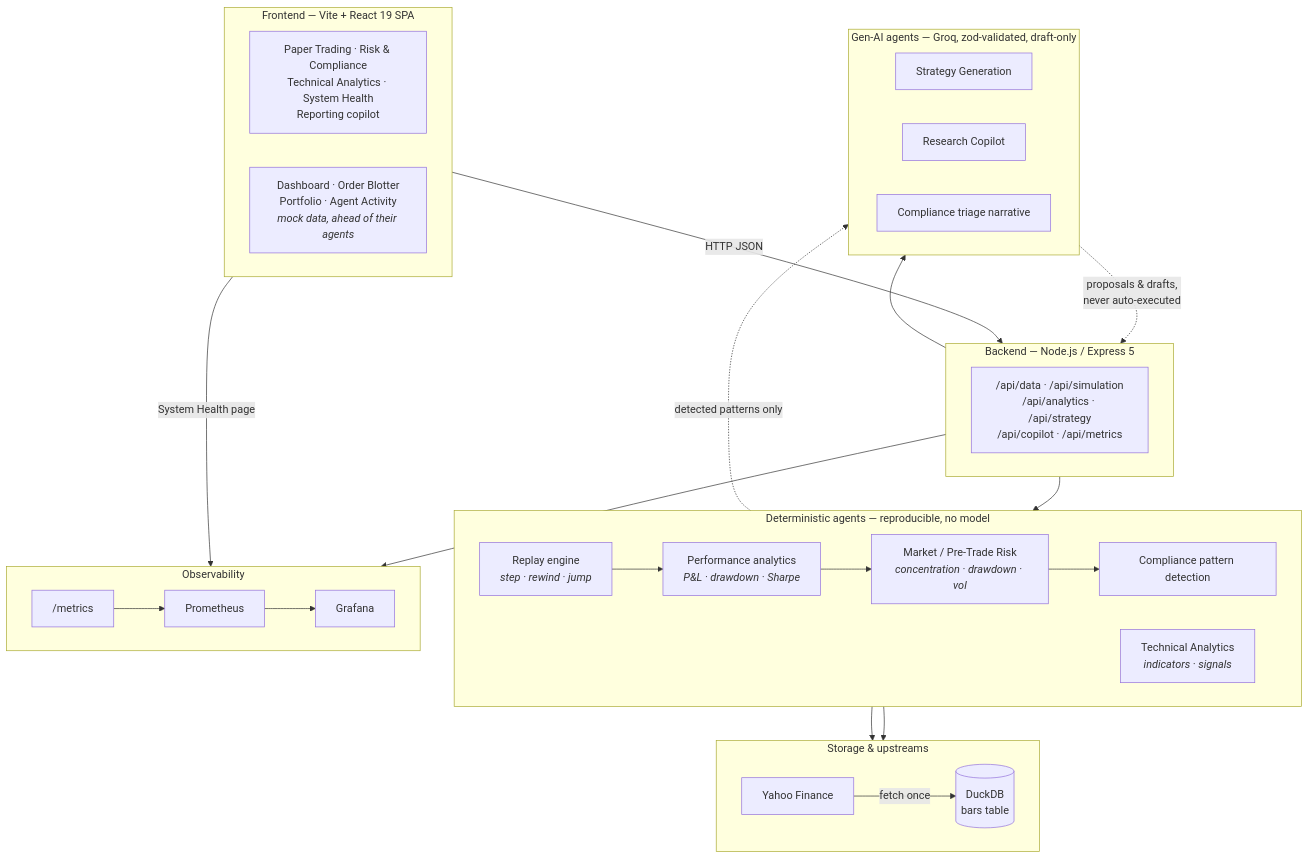
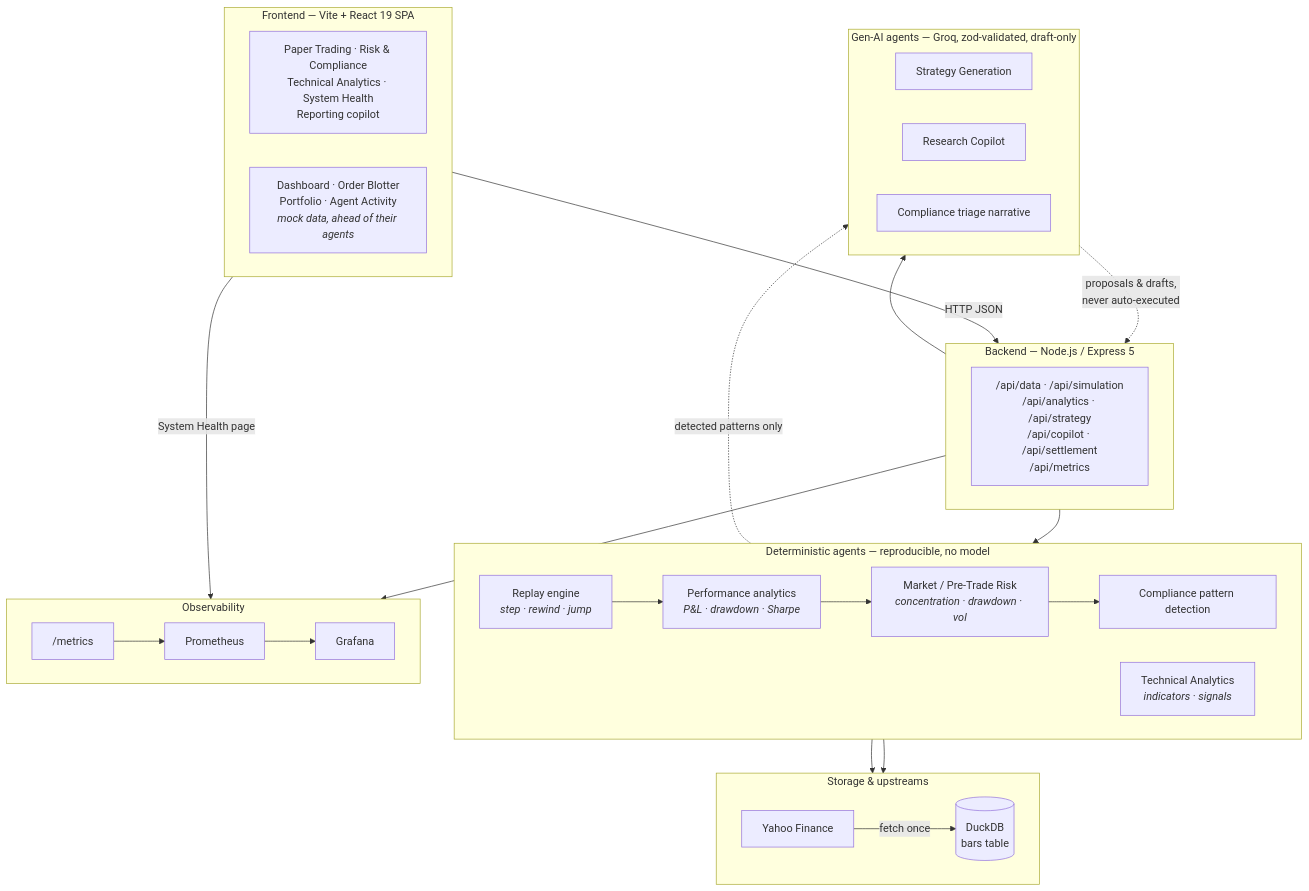
Before and after one commit to thompgt/trading-platform-stp: the diagram in README.md, drawn with Mermaid. The commit also changed other lines of this file and 5 other files, not shown here.

````diff
--- a/README.md
+++ b/README.md
@@ -107,58 +107,58 @@
 ```mermaid
 flowchart TB
     subgraph UI["Frontend — Vite + React 19 SPA"]
         direction LR
         LivePages["Paper Trading · Risk &amp; Compliance<br/>Technical Analytics · System Health<br/>Reporting copilot"]
         MockPages["Dashboard · Order Blotter<br/>Portfolio · Agent Activity<br/><i>mock data, ahead of their agents</i>"]
     end
 
     subgraph API["Backend — Node.js / Express 5"]
         direction LR
-        Routes["/api/data · /api/simulation<br/>/api/analytics · /api/strategy<br/>/api/copilot · /api/metrics"]
+        Routes["/api/data · /api/simulation<br/>/api/analytics · /api/strategy<br/>/api/copilot · /api/settlement<br/>/api/metrics"]
     end
 
     subgraph Rules["Deterministic agents — reproducible, no model"]
         direction LR
         Replay["Replay engine<br/><i>step · rewind · jump</i>"]
         Perf["Performance analytics<br/><i>P&amp;L · drawdown · Sharpe</i>"]
         TA["Technical Analytics<br/><i>indicators · signals</i>"]
         Risk["Market / Pre-Trade Risk<br/><i>concentration · drawdown · vol</i>"]
         Patterns["Compliance pattern detection"]
     end
 
     subgraph GenAI["Gen-AI agents — Groq, zod-validated, draft-only"]
         direction LR
         Strategy["Strategy Generation"]
         Copilot["Research Copilot"]
         Triage["Compliance triage narrative"]
     end
 
     subgraph Data["Storage &amp; upstreams"]
         direction LR
         Duck[("DuckDB<br/>bars table")]
         Yahoo["Yahoo Finance"]
     end
 
     subgraph Obs["Observability"]
         direction LR
         Metrics["/metrics"]
         Prom["Prometheus"]
         Graf["Grafana"]
     end
 
     LivePages -->|HTTP JSON| Routes
     Routes --> Rules
     Routes --> GenAI
     Replay --> Perf
     Perf --> Risk
     Risk --> Patterns
     Patterns -.->|detected patterns only| Triage
     Rules --> Duck
     TA --> Duck
     Yahoo -->|fetch once| Duck
     GenAI -.->|proposals &amp; drafts,<br/>never auto-executed| Routes
     Routes --> Metrics
     Metrics --> Prom
     Prom --> Graf
     LivePages -->|System Health page| Metrics
 ```
````
